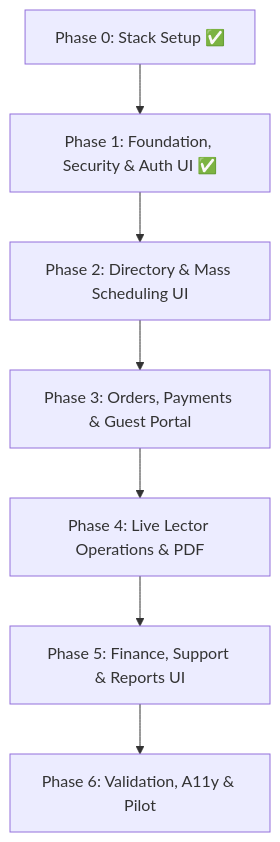
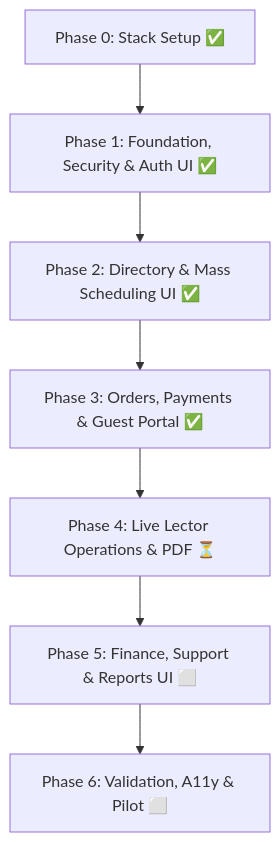
Before and after one commit to taloloys/pabasa-app: the diagram in DEV_PHASE.md, drawn with Mermaid. The commit also changed other lines of this file and 18 other files, not shown here.

````diff
--- a/DEV_PHASE.md
+++ b/DEV_PHASE.md
@@ -11,12 +42,12 @@
 ```mermaid
 flowchart TD
     P0["Phase 0: Stack Setup ✅"]
     P1["Phase 1: Foundation, Security & Auth UI ✅"]
-    P2["Phase 2: Directory & Mass Scheduling UI"]
-    P3["Phase 3: Orders, Payments & Guest Portal"]
-    P4["Phase 4: Live Lector Operations & PDF"]
-    P5["Phase 5: Finance, Support & Reports UI"]
-    P6["Phase 6: Validation, A11y & Pilot"]
+    P2["Phase 2: Directory & Mass Scheduling UI ✅"]
+    P3["Phase 3: Orders, Payments & Guest Portal ✅"]
+    P4["Phase 4: Live Lector Operations & PDF ⏳"]
+    P5["Phase 5: Finance, Support & Reports UI ⬜"]
+    P6["Phase 6: Validation, A11y & Pilot ⬜"]
 
     P0 --> P1 --> P2 --> P3 --> P4 --> P5 --> P6
 ```
````
